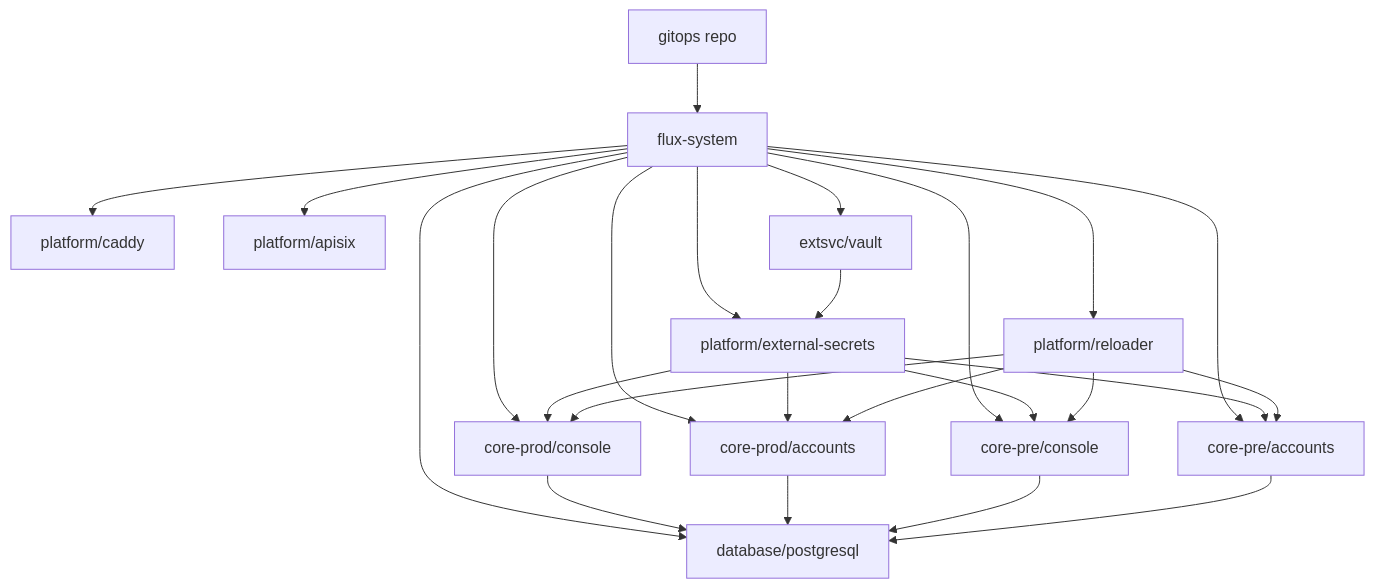
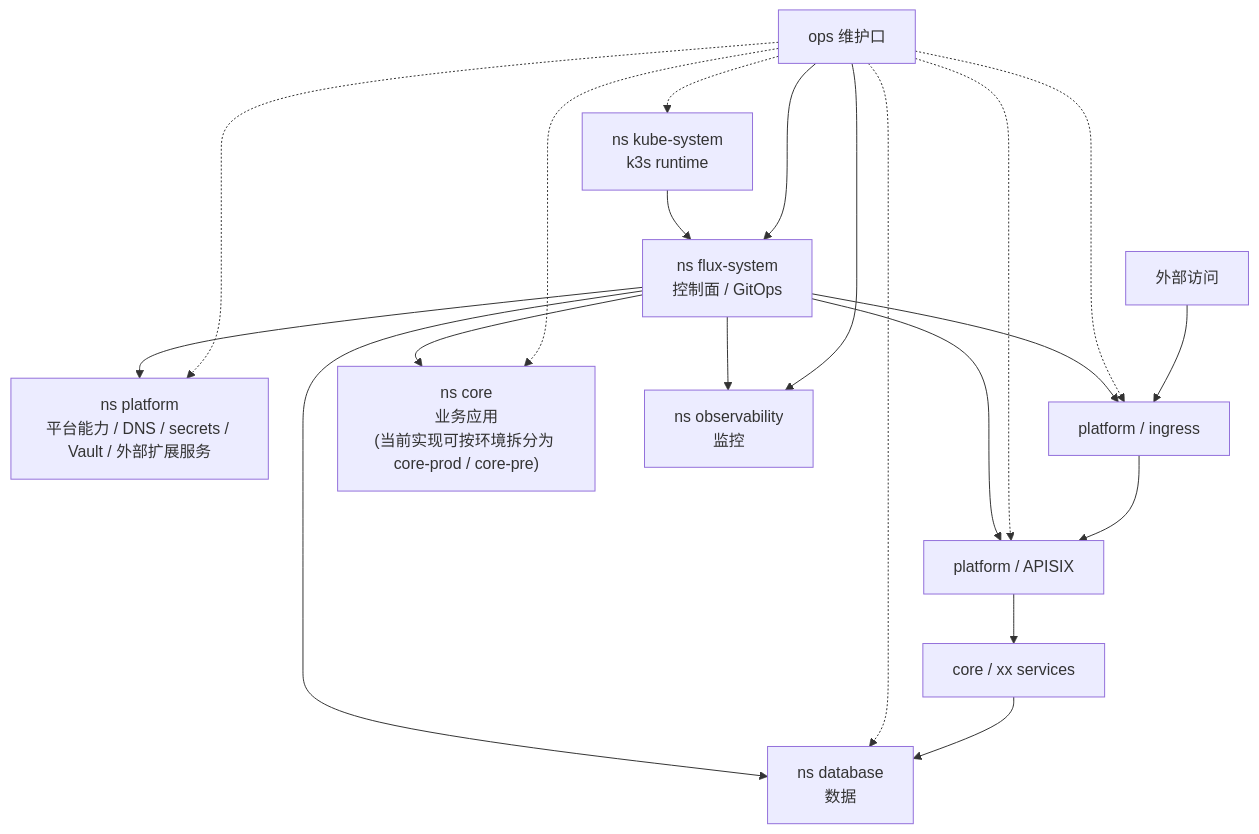
One commit to x-evor/.github changed the diagram in docs/plans/2026-04-02-single-node-k3s-gitops-platform.md. Above: the diagram before and after it, drawn with Mermaid. The commit also changed other lines of this file and 5 other files, not shown here.

Commit message:
docs(runbook): align k3s migration with oci chart rollout

````diff
--- a/docs/plans/2026-04-02-single-node-k3s-gitops-platform.md
+++ b/docs/plans/2026-04-02-single-node-k3s-gitops-platform.md
@@ -24,41 +24,37 @@
 ```mermaid
 flowchart TB
-  Git["gitops repo"]
-  Flux["flux-system"]
-  Caddy["platform/caddy"]
-  APISIX["platform/apisix"]
-  ESO["platform/external-secrets"]
-  Reloader["platform/reloader"]
-  Vault["extsvc/vault"]
-  PG["database/postgresql"]
-  ConsoleProd["core-prod/console"]
-  AccountsProd["core-prod/accounts"]
-  ConsolePre["core-pre/console"]
-  AccountsPre["core-pre/accounts"]
+  ExternalUser["外部访问"]
+  OpsUser["ops 维护口"]
 
-  Git --> Flux
-  Flux --> Caddy
-  Flux --> APISIX
-  Flux --> ESO
-  Flux --> Reloader
-  Flux --> Vault
-  Flux --> PG
-  Flux --> ConsoleProd
-  Flux --> AccountsProd
-  Flux --> ConsolePre
-  Flux --> AccountsPre
+  KS["ns kube-system<br/>k3s runtime"]
+  FS["ns flux-system<br/>控制面 / GitOps"]
+  PL["ns platform<br/>平台能力 / DNS / secrets / Vault / 外部扩展服务"]
+  Ingress["platform / ingress"]
+  APISIX["platform / APISIX"]
+  CORE["ns core<br/>业务应用<br/>(当前实现可按环境拆分为 core-prod / core-pre)"]
+  AppSvc["core / xx services"]
+  DB["ns database<br/>数据"]
+  OBS["ns observability<br/>监控"]
 
-  Vault --> ESO
-  ESO --> ConsoleProd
-  ESO --> AccountsProd
-  ESO --> ConsolePre
-  ESO --> AccountsPre
-  Reloader --> ConsoleProd
-  Reloader --> AccountsProd
-  Reloader --> ConsolePre
-  Reloader --> AccountsPre
-  ConsoleProd --> PG
-  AccountsProd --> PG
-  ConsolePre --> PG
-  AccountsPre --> PG
+  ExternalUser --> Ingress
+  Ingress --> APISIX
+  APISIX --> AppSvc
+  AppSvc --> DB
+
+  OpsUser --> FS
+  OpsUser --> OBS
+  OpsUser -.-> KS
+  OpsUser -.-> PL
+  OpsUser -.-> Ingress
+  OpsUser -.-> APISIX
+  OpsUser -.-> CORE
+  OpsUser -.-> DB
+
+  KS --> FS
+  FS --> PL
+  FS --> Ingress
+  FS --> APISIX
+  FS --> CORE
+  FS --> DB
+  FS --> OBS
 ```
````
